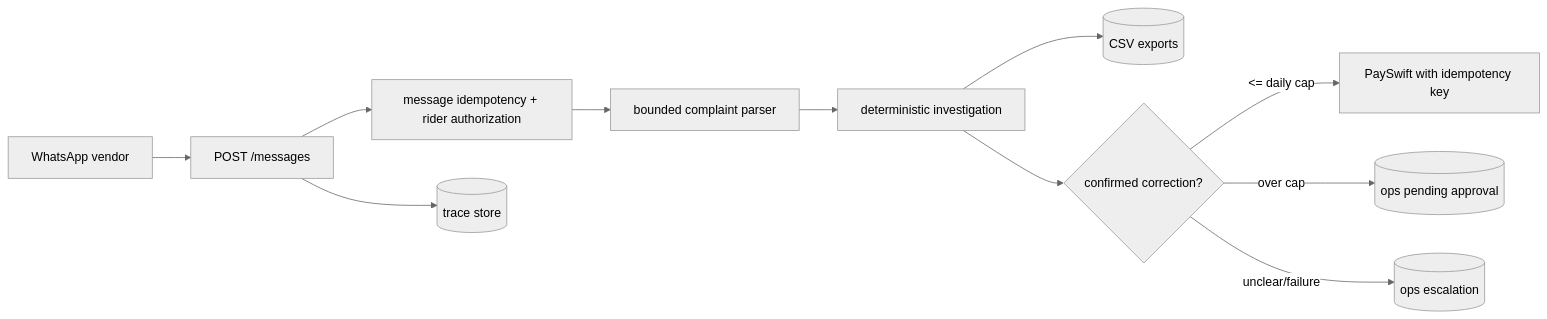
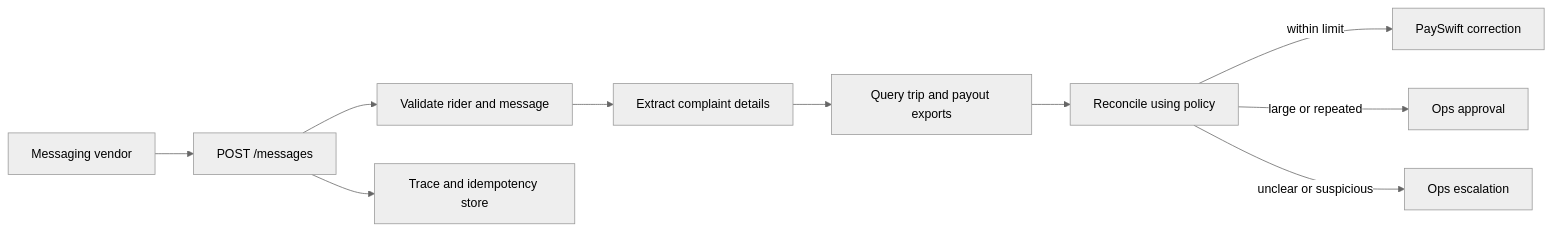
One commit to KartikSuryavanshi/procureyard-rider-payout-agent changed the diagram in README.md. Above: the diagram before and after it, drawn with Mermaid (neutral theme). The commit also changed other lines of this file, not shown here.

````diff
--- a/README.md
+++ b/README.md
@@ -13,13 +20,12 @@
 ```mermaid
 flowchart LR
-  W[WhatsApp vendor] --> API[POST /messages]
-  API --> ID[message idempotency + rider authorization]
-  ID --> P[bounded complaint parser]
-  P --> D[deterministic investigation]
-  D --> E[(CSV exports)]
-  D --> R{confirmed correction?}
-  R -->|<= daily cap| PS[PaySwift with idempotency key]
-  R -->|over cap| O[(ops pending approval)]
-  R -->|unclear/failure| X[(ops escalation)]
-  API --> T[(trace store)]
+    M[Messaging vendor] --> API[POST /messages]
+    API --> V[Validate rider and message]
+    V --> C[Extract complaint details]
+    C --> Q[Query trip and payout exports]
+    Q --> R[Reconcile using policy]
+    R -->|within limit| P[PaySwift correction]
+    R -->|large or repeated| A[Ops approval]
+    R -->|unclear or suspicious| E[Ops escalation]
+    API --> T[Trace and idempotency store]
 ```
````
